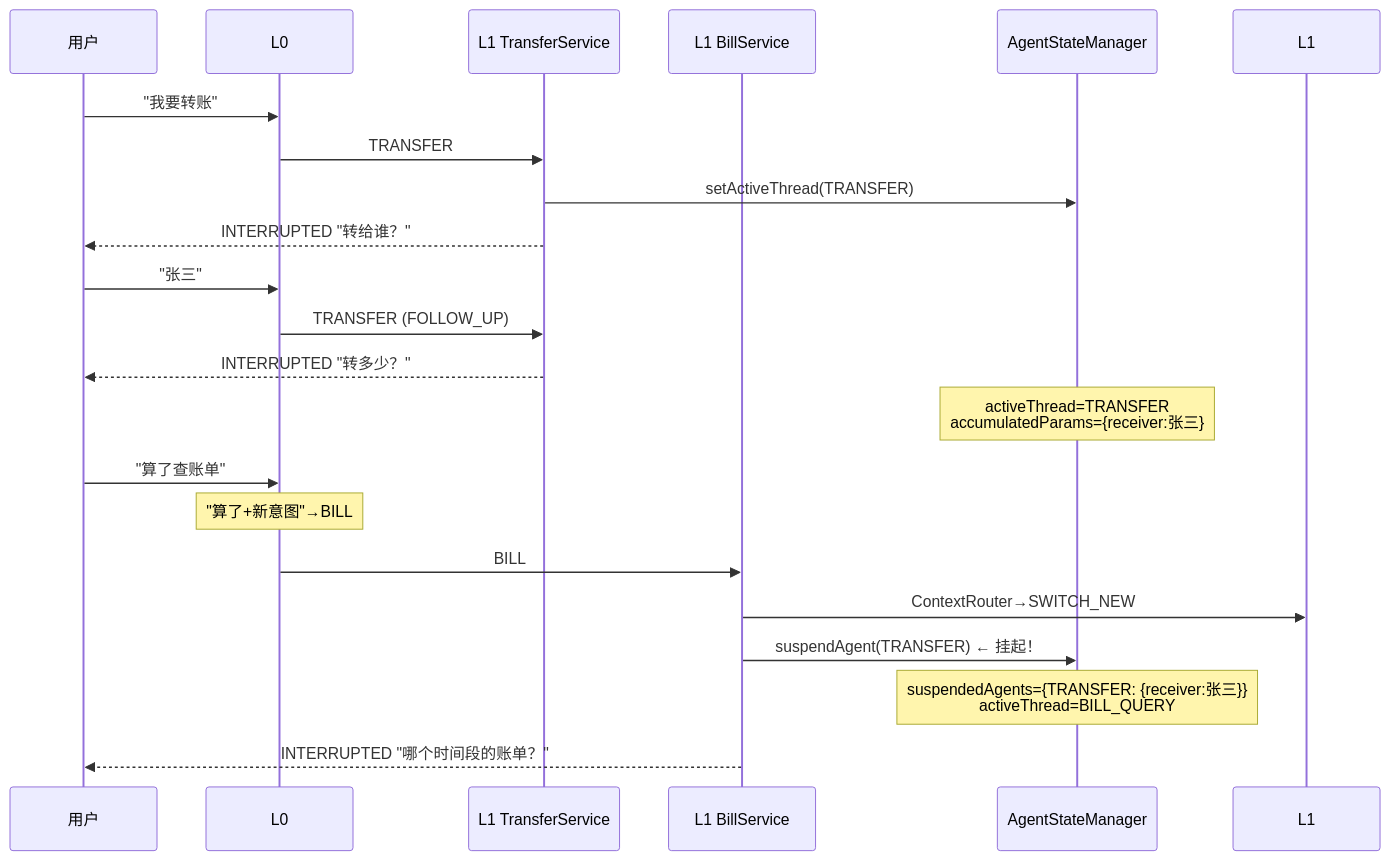
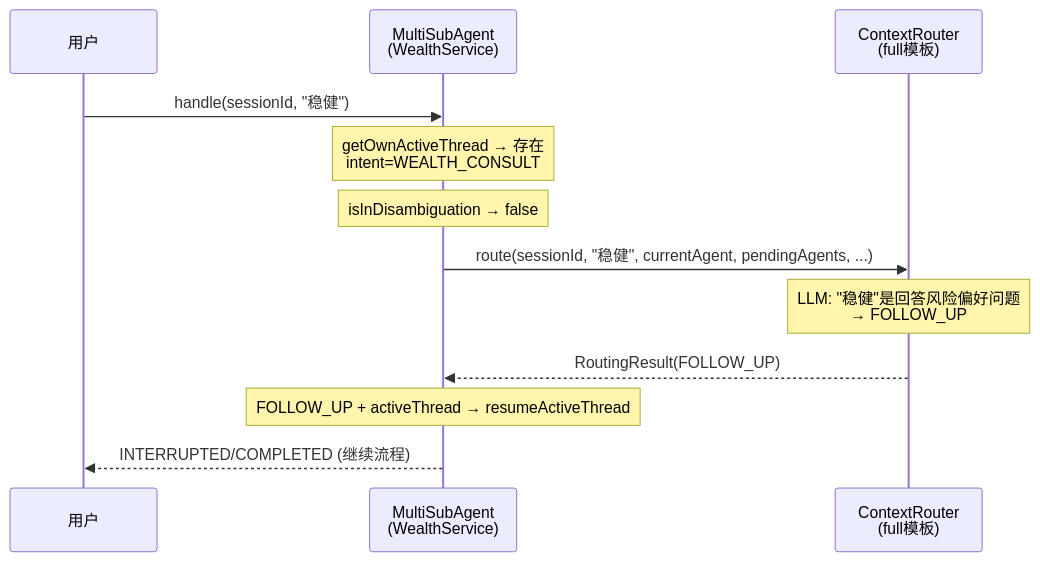
One commit to michael-lin-45/mobile-ai-bank-demo---workbuddy changed the seventh of 17 diagrams in ARCHITECTURE-FULL.md. Above: the diagram before and after it, drawn with Mermaid. The commit also changed other lines of this file and 9 other files, not shown here.

Commit message:
fix multi resume issue

````diff
--- a/ARCHITECTURE-FULL.md
+++ b/ARCHITECTURE-FULL.md
@@ -545,26 +540,15 @@
 ```mermaid
 sequenceDiagram
     participant U as 用户
-    participant L0 as L0
-    participant TS as L1 TransferService
-    participant BS as L1 BillService
-    participant SM as AgentStateManager
-    
-    U->>L0: "我要转账"
-    L0->>TS: TRANSFER
-    TS->>SM: setActiveThread(TRANSFER)
-    TS-->>U: INTERRUPTED "转给谁？"
-    
-    U->>L0: "张三"
-    L0->>TS: TRANSFER (FOLLOW_UP)
-    TS-->>U: INTERRUPTED "转多少？"
-    Note over SM: activeThread=TRANSFER<br/>accumulatedParams={receiver:张三}
-    
-    U->>L0: "算了查账单"
-    Note over L0: "算了+新意图"→BILL
-    L0->>BS: BILL
-    BS->>L1: ContextRouter→SWITCH_NEW
-    BS->>SM: suspendAgent(TRANSFER) ← 挂起！
-    Note over SM: suspendedAgents={TRANSFER: {receiver:张三}}<br/>activeThread=BILL_QUERY
-    BS-->>U: INTERRUPTED "哪个时间段的账单？"
+    participant MSAD as MultiSubAgent<br/>(WealthService)
+    participant CR as ContextRouter<br/>(full模板)
+
+    U->>MSAD: handle(sessionId, "稳健")
+    Note over MSAD: getOwnActiveThread → 存在<br/>intent=WEALTH_CONSULT
+    Note over MSAD: isInDisambiguation → false
+    MSAD->>CR: route(sessionId, "稳健", currentAgent, pendingAgents, ...)
+    Note over CR: LLM: "稳健"是回答风险偏好问题<br/>→ FOLLOW_UP
+    CR-->>MSAD: RoutingResult(FOLLOW_UP)
+    Note over MSAD: FOLLOW_UP + activeThread → resumeActiveThread
+    MSAD-->>U: INTERRUPTED/COMPLETED (继续流程)
 ```
````
